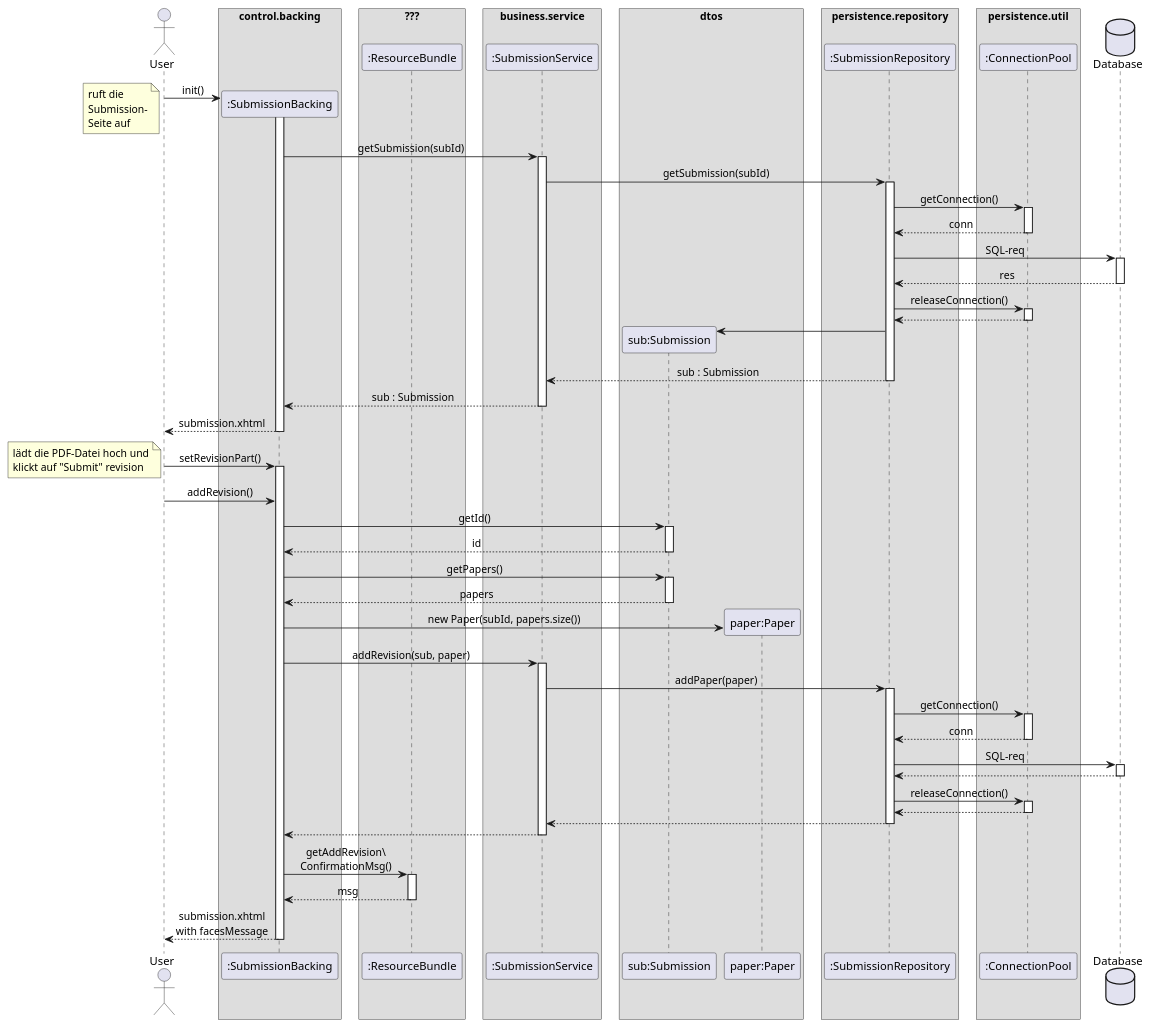
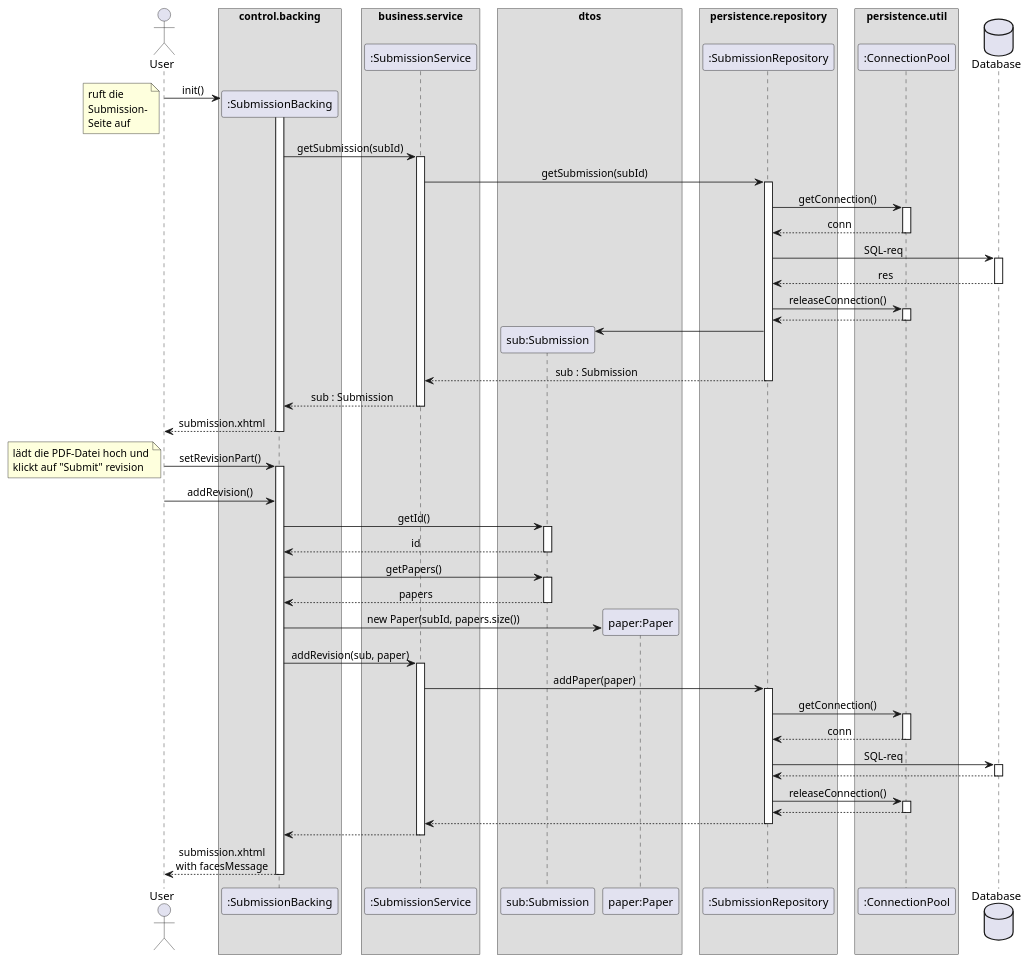
Before and after one commit to guersterst/LasEs: the diagram in docs/Entwurf/puml/upload_revision.puml, drawn with PlantUML. The commit also changed 5 other files, not shown here.

Commit message:
abandon ResourceBundle in Datenfluss

```diff
--- a/docs/Entwurf/puml/upload_revision.puml
+++ b/docs/Entwurf/puml/upload_revision.puml
@@ -1,101 +1,101 @@
 @startuml
 'https://plantuml.com/sequence-diagram
 
 '!theme aws-orange
 skinparam sequenceMessageAlign center
 skinparam BoxPadding 10
 'autonumber
 'autoactivate on
 'hide footbox
 
 actor User as user
 
 box "control.backing"
     participant ":SubmissionBacking" as subBacking
 end box
-box "???"
-    participant ":ResourceBundle" as rscBundle
-end box
+'box "???"
+'    participant ":ResourceBundle" as rscBundle
+'end box
 box "business.service"
     participant ":SubmissionService" as subService
 end box
 box "dtos"
     participant "sub:Submission" as sub
     participant "paper:Paper" as paper
 end box
 box persistence.repository
     participant ":SubmissionRepository" as subRepo
 end box
 box persistence.util
     participant ":ConnectionPool" as connPool
 end box
 database "Database" as db
 
 user -> subBacking ** : init()
 note left
     ruft die
     Submission-
     Seite auf
 end note
 activate subBacking
     subBacking -> subService : getSubmission(subId)
     activate subService
         subService -> subRepo : getSubmission(subId)
         activate subRepo
             subRepo -> connPool : getConnection()
             activate connPool
             return conn
             subRepo -> db : SQL-req
             activate db
             return res
             subRepo -> connPool : releaseConnection()
             activate connPool
             return
             create sub
             subRepo -> sub
         return sub : Submission
     return sub : Submission
 return submission.xhtml
 
 user -> subBacking : setRevisionPart()
 activate subBacking
     note left
         lädt die PDF-Datei hoch und
         klickt auf "Submit" revision
     end note
     user -> subBacking : addRevision()
     subBacking -> sub : getId()
     activate sub
     return id
     subBacking -> sub : getPapers()
     activate sub
     return papers
 
     subBacking -> paper ** : new Paper(subId, papers.size())
 
     subBacking -> subService : addRevision(sub, paper)
     activate subService
         subService -> subRepo : addPaper(paper)
         activate subRepo
             subRepo -> connPool : getConnection()
             activate connPool
             return conn
             subRepo -> db : SQL-req
             activate db
             return
             subRepo -> connPool : releaseConnection()
             activate connPool
             return
         return
     return
 
-    subBacking -> rscBundle : getAddRevision\\\nConfirmationMsg()
-    activate rscBundle
-    return msg
+'    subBacking -> rscBundle : getAddRevision\\\nConfirmationMsg()
+'    activate rscBundle
+'    return msg
 
 return submission.xhtml\nwith facesMessage
 
 
 
 
 @enduml
```
